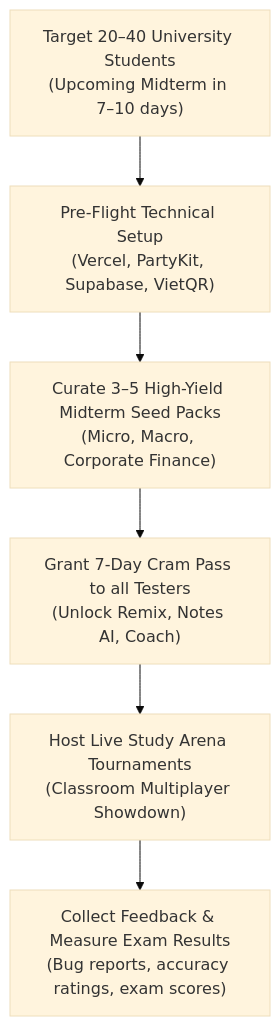
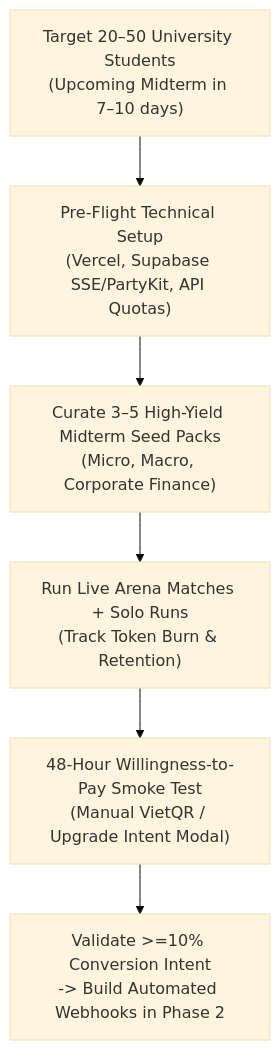
The second of 3 diagrams in CLUTCH_ARENA_MASTER_ROADMAP.md (kylepham75/clutch-arena), drawn with Mermaid (base theme) before and after one commit. The commit also changed other lines of this file, not shown here.

Commit message:
docs: update master roadmap to v1.1.0 with brand spec, PPP monetization, and unit economics

````diff
--- a/CLUTCH_ARENA_MASTER_ROADMAP.md
+++ b/CLUTCH_ARENA_MASTER_ROADMAP.md
@@ -205,8 +317,8 @@
 ```mermaid
 flowchart TD
-    A["Target 20–40 University Students\n(Upcoming Midterm in 7–10 days)"] --> B["Pre-Flight Technical Setup\n(Vercel, PartyKit, Supabase, VietQR)"]
+    A["Target 20–50 University Students\n(Upcoming Midterm in 7–10 days)"] --> B["Pre-Flight Technical Setup\n(Vercel, Supabase SSE/PartyKit, API Quotas)"]
     B --> C["Curate 3–5 High-Yield Midterm Seed Packs\n(Micro, Macro, Corporate Finance)"]
-    C --> D["Grant 7-Day Cram Pass to all Testers\n(Unlock Remix, Notes AI, Coach)"]
-    D --> E["Host Live Study Arena Tournaments\n(Classroom Multiplayer Showdown)"]
-    E --> F["Collect Feedback & Measure Exam Results\n(Bug reports, accuracy ratings, exam scores)"]
+    C --> D["Run Live Arena Matches + Solo Runs\n(Track Token Burn & Retention)"]
+    D --> E["48-Hour Willingness-to-Pay Smoke Test\n(Manual VietQR / Upgrade Intent Modal)"]
+    E --> F["Validate >=10% Conversion Intent\n-> Build Automated Webhooks in Phase 2"]
 ```
````
